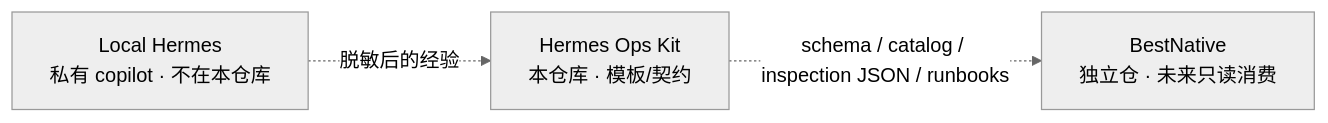
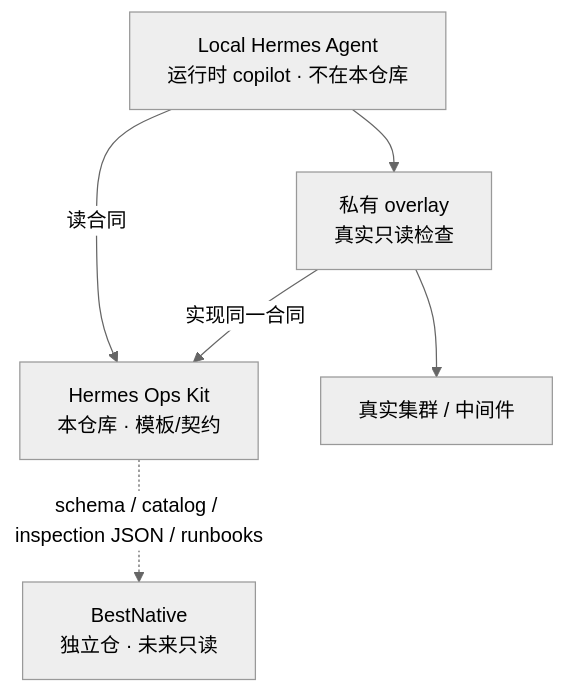
Before and after one commit to z35834491-cmyk/hermes-ops-kit: the second of 3 diagrams in docs/architecture.md, drawn with Mermaid (neutral theme). The commit also changed other lines of this file and 5 other files, not shown here.

First line of the commit message:
Document product positioning, the three-layer split, and BestNative.

````diff
--- a/docs/architecture.md
+++ b/docs/architecture.md
@@ -6,8 +37,12 @@
 ```mermaid
-flowchart LR
-  Hermes["Local Hermes<br/>私有 copilot · 不在本仓库"]
+flowchart TB
+  Hermes["Local Hermes Agent<br/>运行时 copilot · 不在本仓库"]
   Kit["Hermes Ops Kit<br/>本仓库 · 模板/契约"]
-  BN["BestNative<br/>独立仓 · 未来只读消费"]
-  Hermes -.->|脱敏后的经验| Kit
-  Kit -.->|schema / catalog / inspection JSON / runbooks| BN
+  Overlay["私有 overlay<br/>真实只读检查"]
+  BN["BestNative<br/>独立仓 · 未来只读"]
+  Infra["真实集群 / 中间件"]
+  Hermes -->|"读合同"| Kit
+  Overlay -->|"实现同一合同"| Kit
+  Hermes --> Overlay --> Infra
+  Kit -.->|"schema / catalog / inspection JSON / runbooks"| BN
 ```
````
